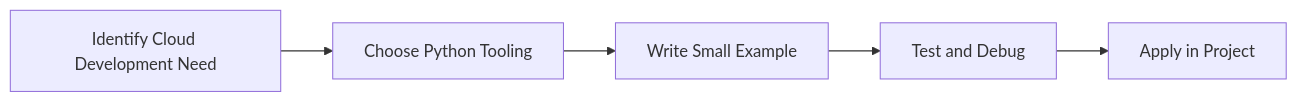
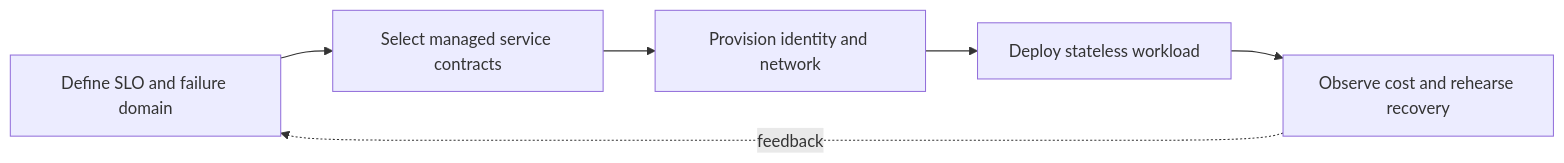
Before and after one commit to SYMOIZ/E-Learning-Portal: the diagram in Python-Mastery/Advanced/33-cloud-development.md, drawn with Mermaid. The commit also changed other lines of this file and 116 other files, not shown here.

````diff
--- a/Python-Mastery/Advanced/33-cloud-development.md
+++ b/Python-Mastery/Advanced/33-cloud-development.md
@@ -133,7 +155,8 @@
 ```mermaid
 flowchart LR
-    A[Identify Cloud Development Need] --> B[Choose Python Tooling]
-    B --> C[Write Small Example]
-    C --> D[Test and Debug]
-    D --> E[Apply in Project]
+    A[Define SLO and failure domain] --> B[Select managed service contracts]
+    B --> C[Provision identity and network]
+    C --> D[Deploy stateless workload]
+    D --> E[Observe cost and rehearse recovery]
+    E -. feedback .-> A
 ```
````
